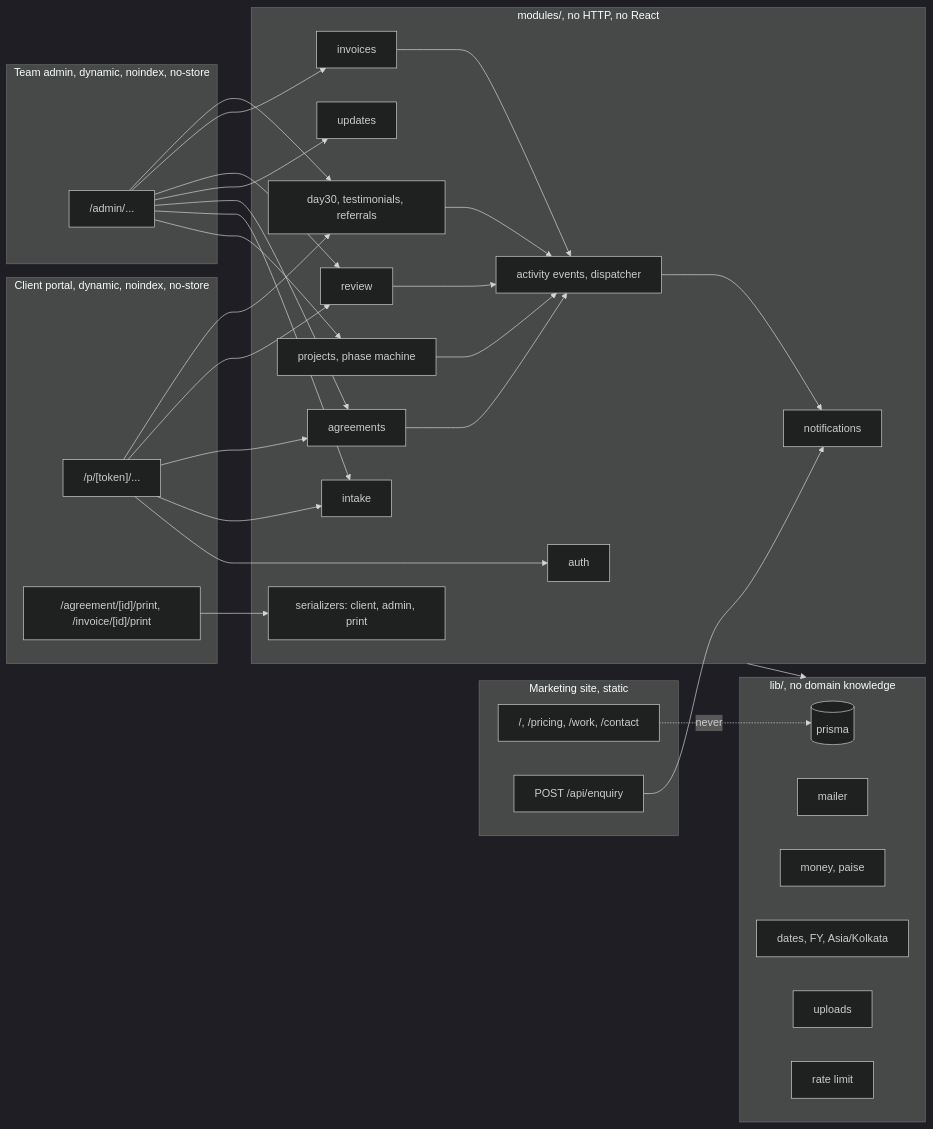
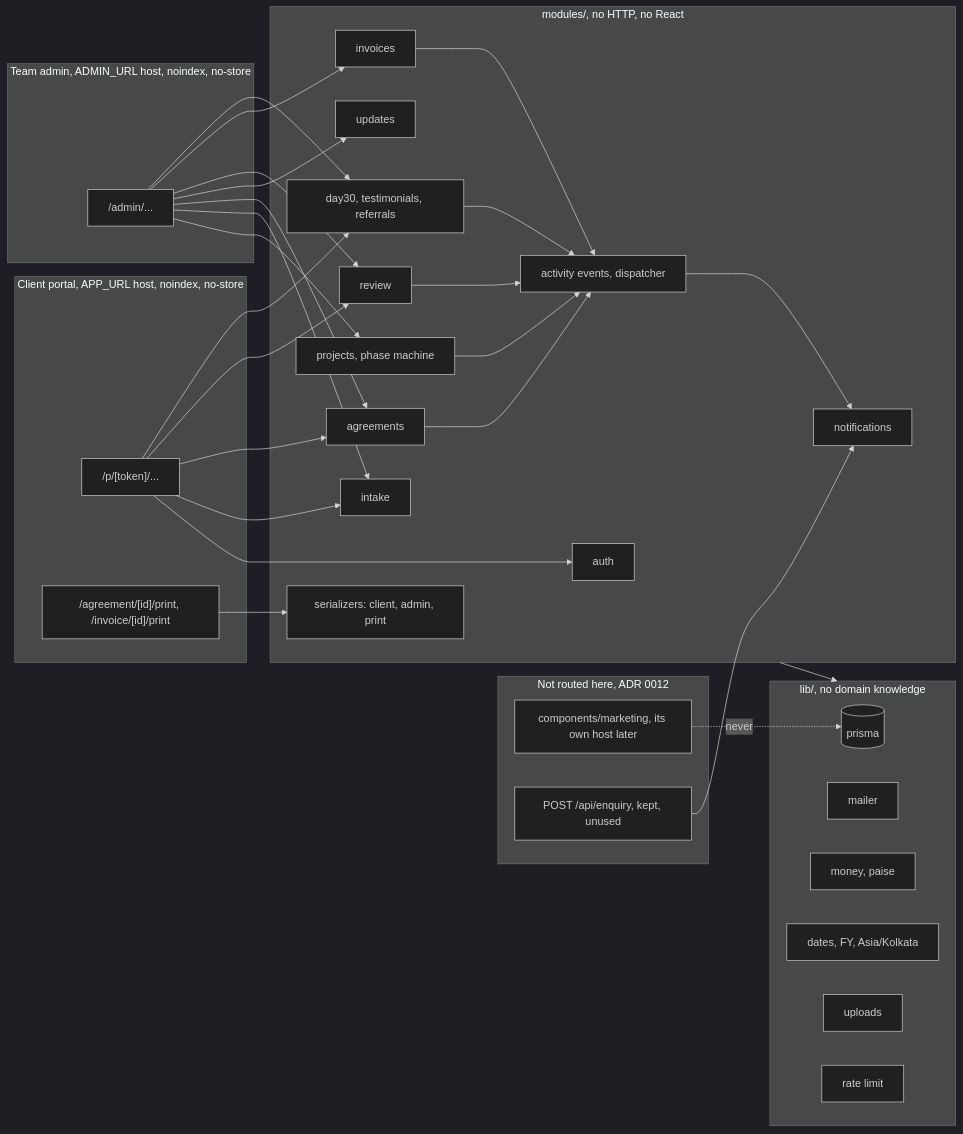
Before and after one commit to awtm-forge/portal: the diagram in docs/ARCHITECTURE.md, drawn with Mermaid (dark theme). The commit also changed other lines of this file and 19 other files, not shown here.

First line of the commit message:
The portal takes the host: marketing site unrouted, two hostnames

````diff
--- a/docs/ARCHITECTURE.md
+++ b/docs/ARCHITECTURE.md
@@ -11,47 +11,47 @@
 ```mermaid
 flowchart LR
-  subgraph Site [Marketing site, static]
-    Pages["/, /pricing, /work, /contact"]
-    EnqAPI["POST /api/enquiry"]
+  subgraph Site [Not routed here, ADR 0012]
+    Pages["components/marketing, its own host later"]
+    EnqAPI["POST /api/enquiry, kept, unused"]
   end
-  subgraph Portal [Client portal, dynamic, noindex, no-store]
+  subgraph Portal [Client portal, APP_URL host, noindex, no-store]
     P["/p/[token]/..."]
     Print["/agreement/[id]/print, /invoice/[id]/print"]
   end
-  subgraph Admin [Team admin, dynamic, noindex, no-store]
+  subgraph Admin [Team admin, ADMIN_URL host, noindex, no-store]
     A["/admin/..."]
   end
   subgraph Domain [modules/, no HTTP, no React]
     auth[auth]
     projects["projects, phase machine"]
     intake[intake]
     agreements[agreements]
     updates[updates]
     review[review]
     invoices[invoices]
     day30["day30, testimonials, referrals"]
     notify[notifications]
     events["activity events, dispatcher"]
     serial["serializers: client, admin, print"]
   end
   subgraph Lib [lib/, no domain knowledge]
     db[(prisma)]
     mail[mailer]
     money["money, paise"]
     fy["dates, FY, Asia/Kolkata"]
     files[uploads]
     rate[rate limit]
   end
   Pages -. never .-> db
   EnqAPI --> notify
   P --> auth & intake & agreements & review & day30
   Print --> serial
   A --> projects & intake & agreements & updates & review & invoices & day30
   projects --> events
   agreements --> events
   review --> events
   invoices --> events
   day30 --> events
   events --> notify
   Domain --> Lib
 ```
````
